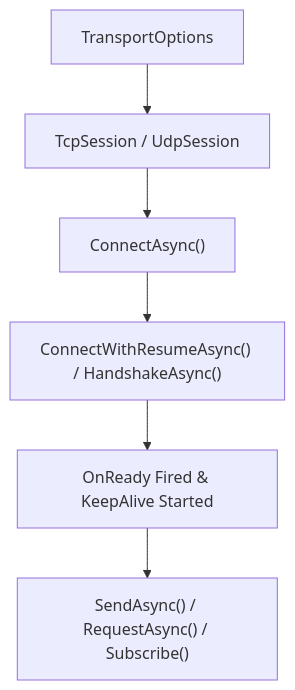
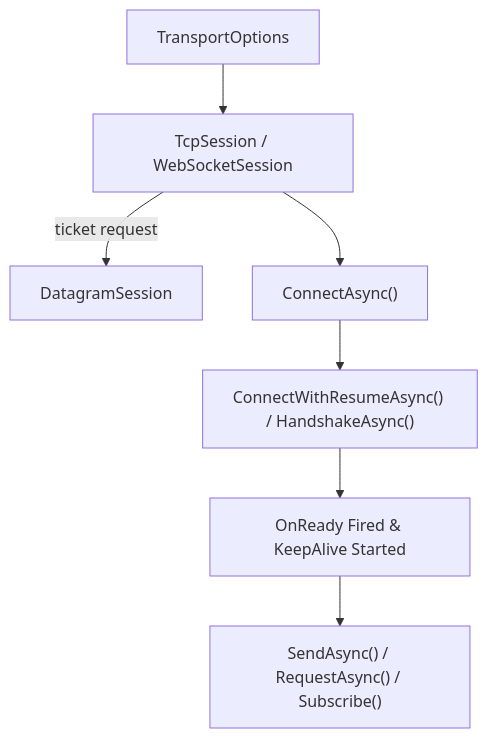
Before and after one commit to ppn-systems/nalix-docs: the diagram in src/content/docs/en-us/packages/nalix-sdk.md, drawn with Mermaid. The commit also changed other lines of this file and 257 other files, not shown here.

````diff
--- a/src/content/docs/en-us/packages/nalix-sdk.md
+++ b/src/content/docs/en-us/packages/nalix-sdk.md
@@ -16,8 +16,9 @@
 ```mermaid
 flowchart TD
-    A["TransportOptions"] --> B["TcpSession / UdpSession"]
+    A["TransportOptions"] --> B["TcpSession / WebSocketSession"]
+    B -->|"ticket request"| B2["DatagramSession"]
     B --> C["ConnectAsync()"]
     C --> D["ConnectWithResumeAsync() / HandshakeAsync()"]
     D --> E["OnReady Fired & KeepAlive Started"]
     E --> F["SendAsync() / RequestAsync<TResponse>() / Subscribe<T>()"]
 ```
````
